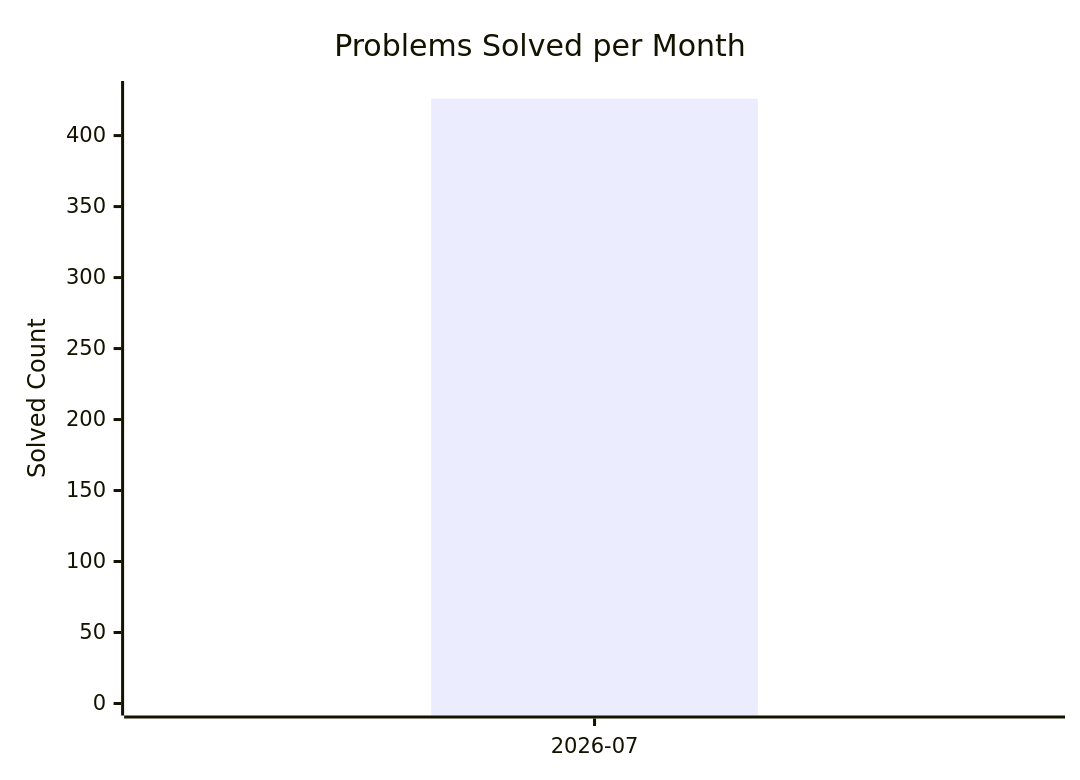
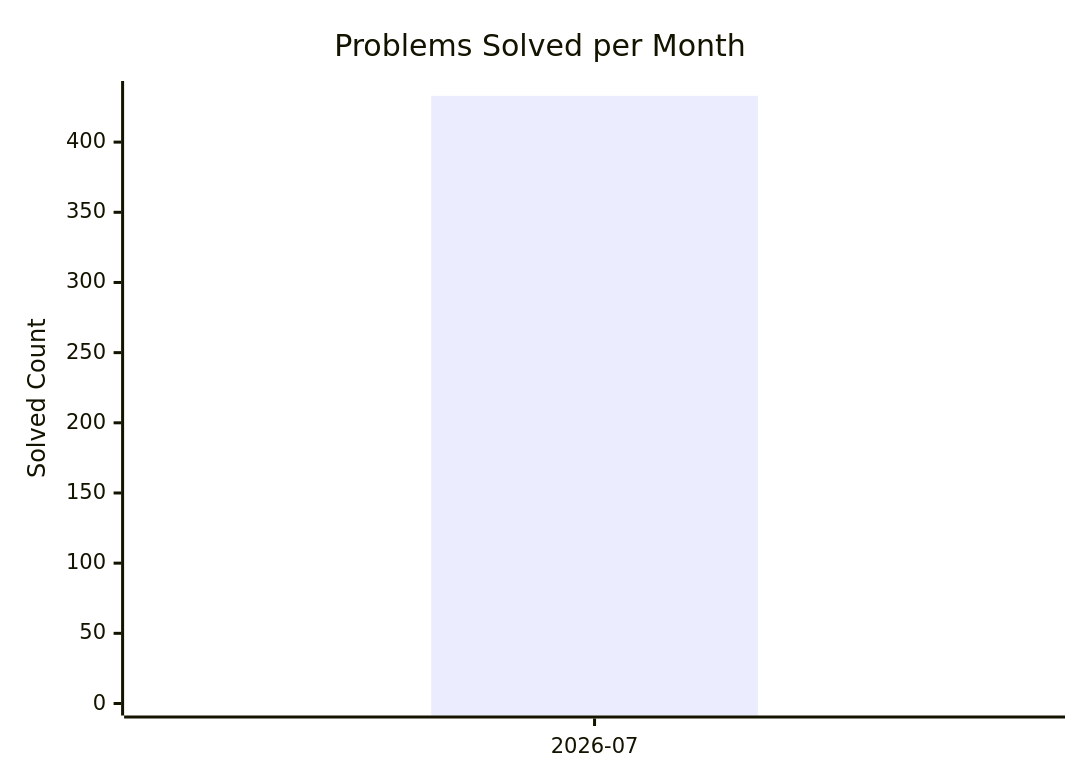
The diagram in dashboard.md (AdityaPandey-DEV/CP-Progress-Sync), drawn with Mermaid before and after one commit. The commit also changed other lines of this file, not shown here.

Commit message:
Auto-update CP dashboard [skip ci]

````diff
--- a/dashboard.md
+++ b/dashboard.md
@@ -8,8 +8,8 @@
 ```mermaid
 xychart-beta
     title "Problems Solved per Month"
     x-axis ["2026-07"]
-    y-axis "Solved Count" 0 --> 430
-    bar [426]
-    line [426]
+    y-axis "Solved Count" 0 --> 435
+    bar [433]
+    line [433]
 ```
````
